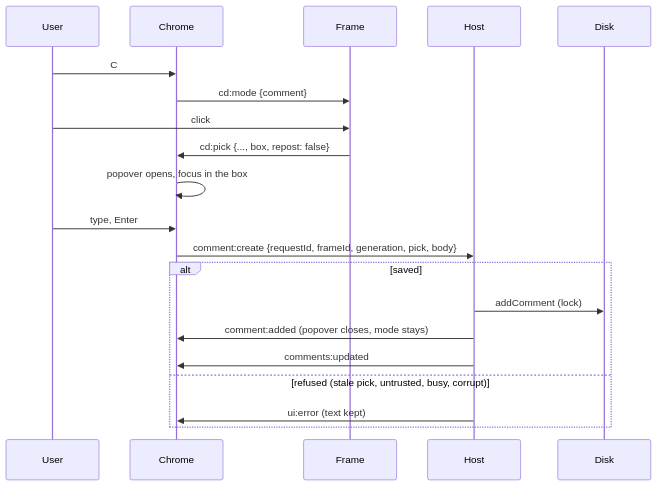
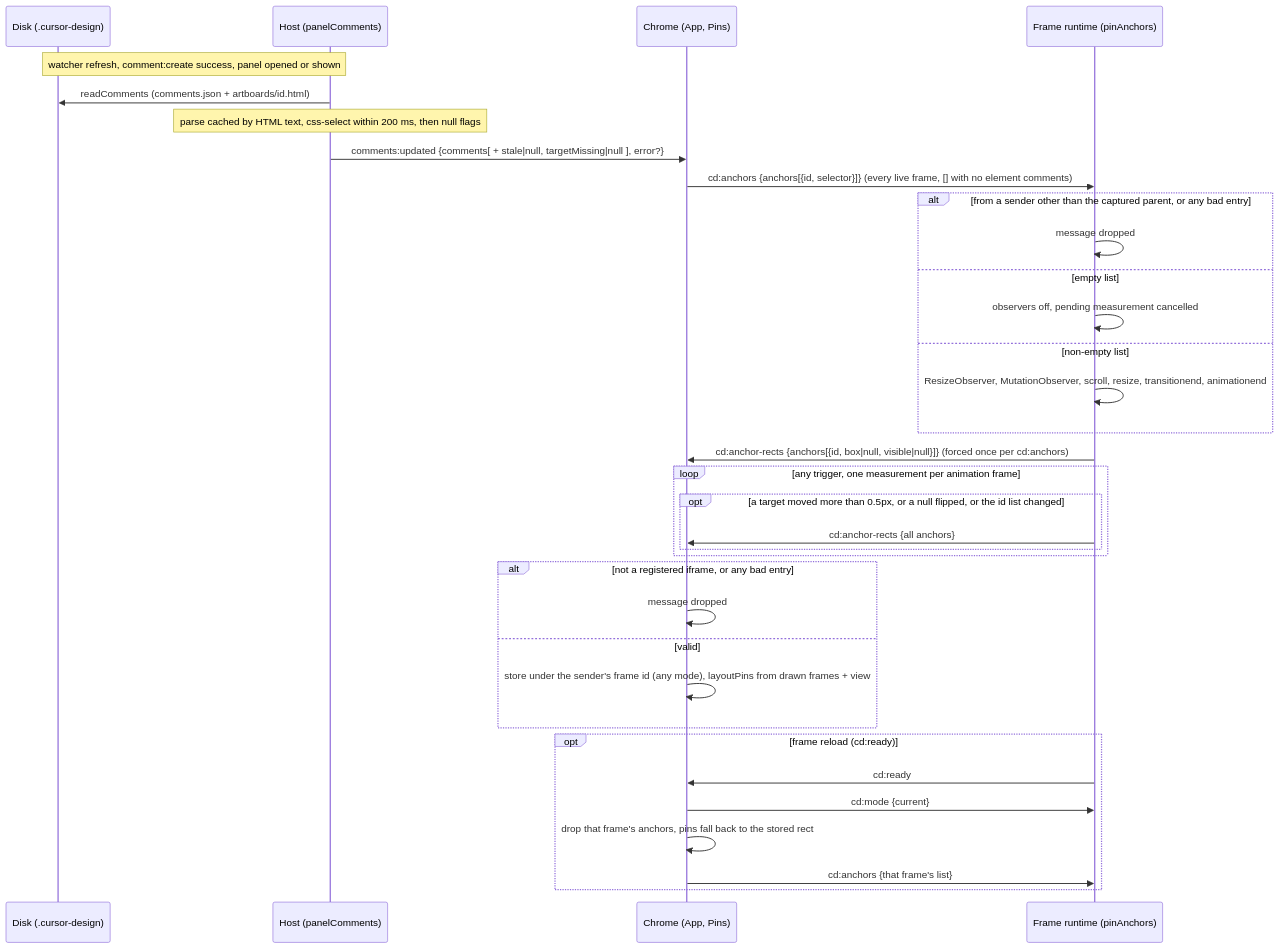
One commit to MarekBombera/cursor-design-extension changed the second of 3 diagrams in blueprint/context/current-feature-overview.md. Above: the diagram before and after it, drawn with Mermaid. The commit also changed other lines of this file and 40 other files, not shown here.

Commit message:
feat: add pins that follow elements, with a read-only thread (8f2)

````diff
--- a/blueprint/context/current-feature-overview.md
+++ b/blueprint/context/current-feature-overview.md
@@ -41,22 +31,36 @@
 ```mermaid
 sequenceDiagram
-  participant U as User
-  participant C as Chrome
-  participant F as Frame
-  participant H as Host
-  participant D as Disk
-  U->>C: C
-  C->>F: cd:mode {comment}
-  U->>F: click
-  F->>C: cd:pick {..., box, repost: false}
-  C->>C: popover opens, focus in the box
-  U->>C: type, Enter
-  C->>H: comment:create {requestId, frameId, generation, pick, body}
-  alt saved
-    H->>D: addComment (lock)
-    H->>C: comment:added (popover closes, mode stays)
-    H->>C: comments:updated
-  else refused (stale pick, untrusted, busy, corrupt)
-    H->>C: ui:error (text kept)
+  participant D as Disk (.cursor-design)
+  participant H as Host (panelComments)
+  participant C as Chrome (App, Pins)
+  participant F as Frame runtime (pinAnchors)
+  Note over D,H: watcher refresh, comment:create success, panel opened or shown
+  H->>D: readComments (comments.json + artboards/id.html)
+  Note over H: parse cached by HTML text, css-select within 200 ms, then null flags
+  H->>C: comments:updated {comments[ + stale|null, targetMissing|null ], error?}
+  C->>F: cd:anchors {anchors[{id, selector}]} (every live frame, [] with no element comments)
+  alt from a sender other than the captured parent, or any bad entry
+    F->>F: message dropped
+  else empty list
+    F->>F: observers off, pending measurement cancelled
+  else non-empty list
+    F->>F: ResizeObserver, MutationObserver, scroll, resize, transitionend, animationend
+  end
+  F->>C: cd:anchor-rects {anchors[{id, box|null, visible|null}]} (forced once per cd:anchors)
+  loop any trigger, one measurement per animation frame
+    opt a target moved more than 0.5px, or a null flipped, or the id list changed
+      F->>C: cd:anchor-rects {all anchors}
+    end
+  end
+  alt not a registered iframe, or any bad entry
+    C->>C: message dropped
+  else valid
+    C->>C: store under the sender's frame id (any mode), layoutPins from drawn frames + view
+  end
+  opt frame reload (cd:ready)
+    F->>C: cd:ready
+    C->>F: cd:mode {current}
+    C->>C: drop that frame's anchors, pins fall back to the stored rect
+    C->>F: cd:anchors {that frame's list}
   end
 ```
````
